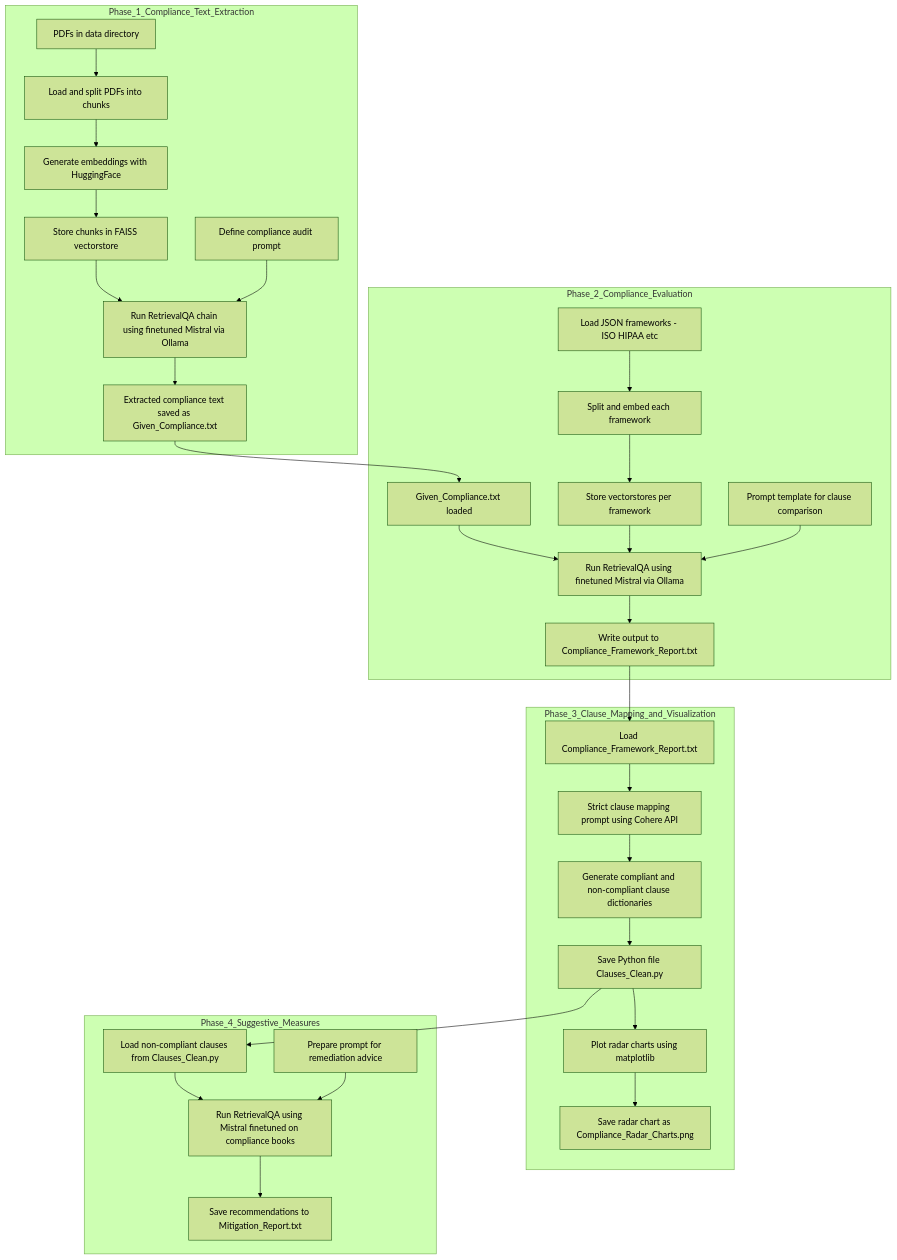
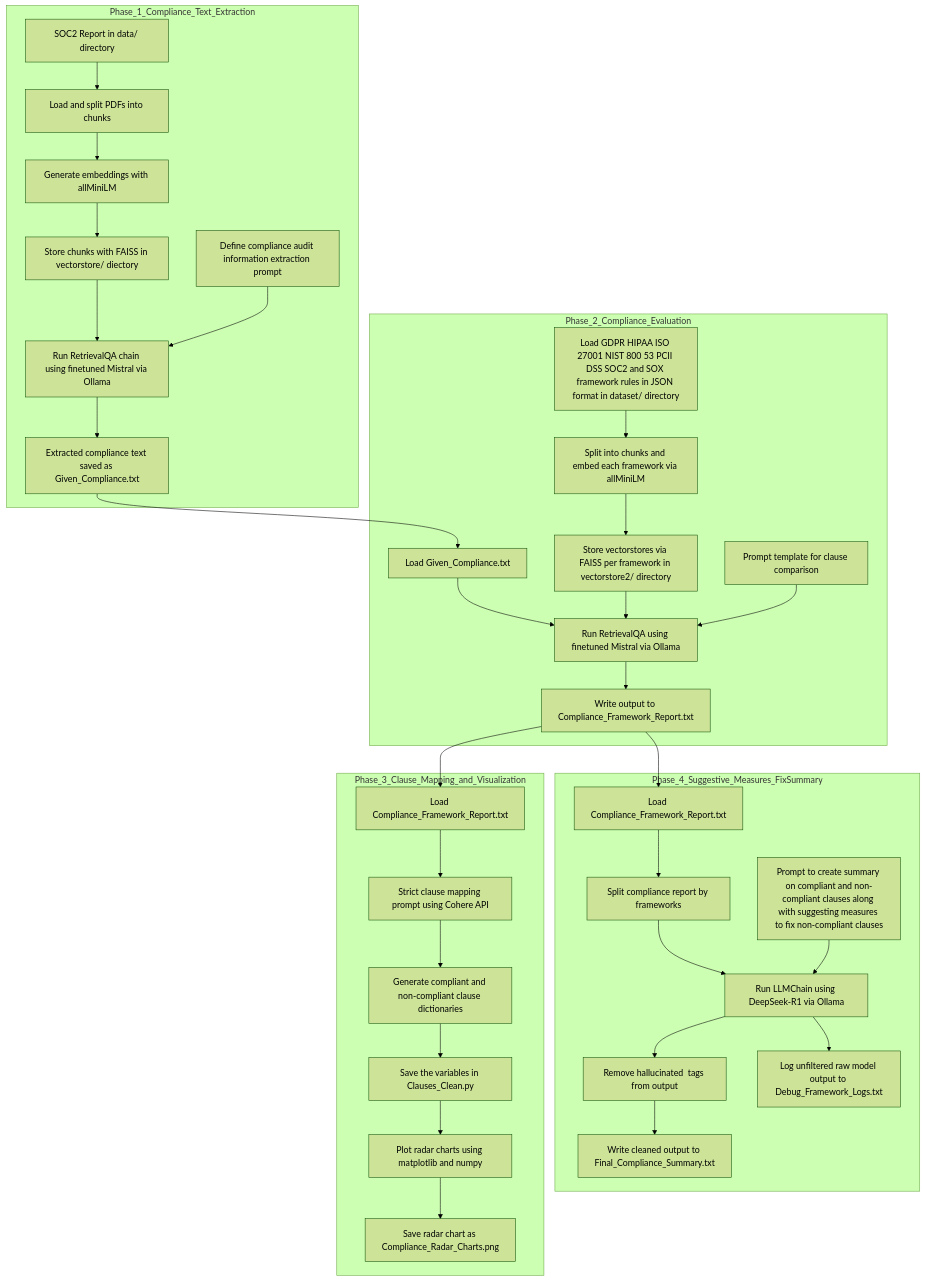
Before and after one commit to AdityaBhatt3010/GRC-Forge: the diagram in README.md, drawn with Mermaid (forest theme).

````diff
--- a/README.md
+++ b/README.md
@@ -5,71 +5,79 @@
 ```mermaid
 graph TD
 
 %% === Phase 1: Extract Compliance Text from PDF ===
 subgraph Phase_1_Compliance_Text_Extraction
-    A1[PDFs in data directory]
+    A1[SOC2 Report in data/ directory]
     A2[Load and split PDFs into chunks]
-    A3[Generate embeddings with HuggingFace]
-    A4[Store chunks in FAISS vectorstore]
-    A5[Define compliance audit prompt]
+    A3[Generate embeddings with allMiniLM]
+    A4[Store chunks with FAISS in vectorstore/ diectory]
+    A5[Define compliance audit information extraction prompt]
     A6[Run RetrievalQA chain using finetuned Mistral via Ollama]
     A7[Extracted compliance text saved as Given_Compliance.txt]
 
     A1 --> A2
     A2 --> A3
     A3 --> A4
     A4 --> A6
     A5 --> A6
     A6 --> A7
 end
 
 %% === Phase 2: Framework-wise Compliance Check ===
 subgraph Phase_2_Compliance_Evaluation
-    B1[Given_Compliance.txt loaded]
-    B2[Load JSON frameworks - ISO HIPAA etc]
-    B3[Split and embed each framework]
-    B4[Store vectorstores per framework]
+    B1[Load Given_Compliance.txt]
+    B2[Load GDPR HIPAA ISO 27001 NIST 800 53 PCII DSS SOC2 and SOX framework rules in JSON format in dataset/ directory]
+    B3[Split into chunks and embed each framework via allMiniLM]
+    B4[Store vectorstores via FAISS per framework in vectorstore2/ directory]
     B5[Prompt template for clause comparison]
     B6[Run RetrievalQA using finetuned Mistral via Ollama]
     B7[Write output to Compliance_Framework_Report.txt]
 
     B1 --> B6
     B2 --> B3
     B3 --> B4
     B4 --> B6
     B5 --> B6
     B6 --> B7
 end
 
+%% === Phase 4: Suggestive Measures for Non-Compliance (Final Fix Summary Generation) ===
+subgraph Phase_4_Suggestive_Measures_FixSummary
+    D1[Load Compliance_Framework_Report.txt]
+    D2[Split compliance report by frameworks]
+    D3[Prompt to create summary on compliant and non-compliant clauses along with suggesting measures to fix non-compliant clauses]
+    D4[Run LLMChain using DeepSeek-R1 via Ollama]
+    D5[Remove hallucinated <think> tags from output]
+    D6[Write cleaned output to Final_Compliance_Summary.txt]
+    D7[Log unfiltered raw model output to Debug_Framework_Logs.txt]
+
+    D1 --> D2
+    D2 --> D4
+    D3 --> D4
+    D4 --> D5
+    D5 --> D6
+    D4 --> D7
+end
+
 %% === Phase 3: Clause Classification and Graph ===
 subgraph Phase_3_Clause_Mapping_and_Visualization
     C1[Load Compliance_Framework_Report.txt]
     C2[Strict clause mapping prompt using Cohere API]
     C3[Generate compliant and non-compliant clause dictionaries]
-    C4[Save Python file Clauses_Clean.py]
-    C5[Plot radar charts using matplotlib]
+    C4[Save the variables in Clauses_Clean.py]
+    C5[Plot radar charts using matplotlib and numpy]
     C6[Save radar chart as Compliance_Radar_Charts.png]
 
     C1 --> C2
     C2 --> C3
     C3 --> C4
     C4 --> C5
     C5 --> C6
 end
 
-%% === Phase 4: Suggestive Measures for Non-Compliance ===
-subgraph Phase_4_Suggestive_Measures
-    D1[Load non-compliant clauses from Clauses_Clean.py]
-    D2[Prepare prompt for remediation advice]
-    D3[Run RetrievalQA using Mistral finetuned on compliance books]
-    D4[Save recommendations to Mitigation_Report.txt]
 
-    D1 --> D3
-    D2 --> D3
-    D3 --> D4
-end
 
 A7 --> B1
 B7 --> C1
-C4 --> D1
+B7 --> D1
 ```
````
